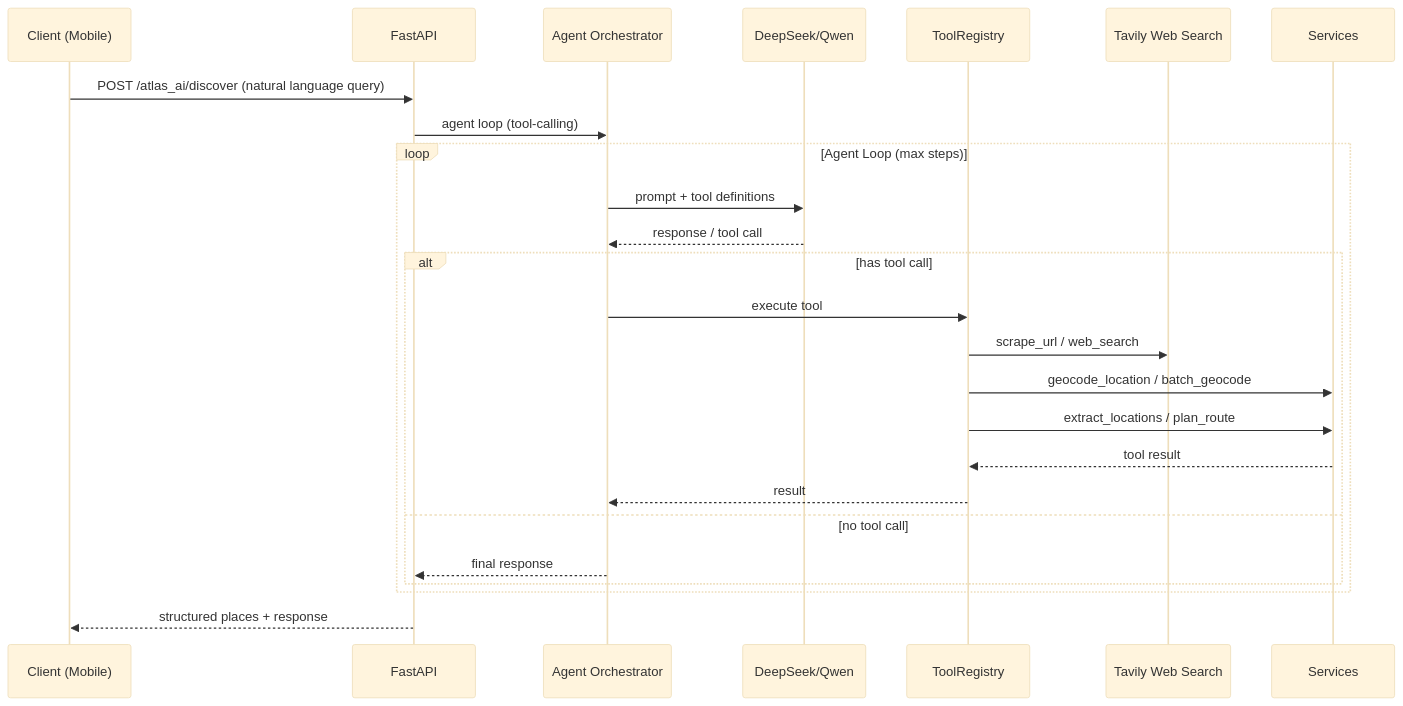
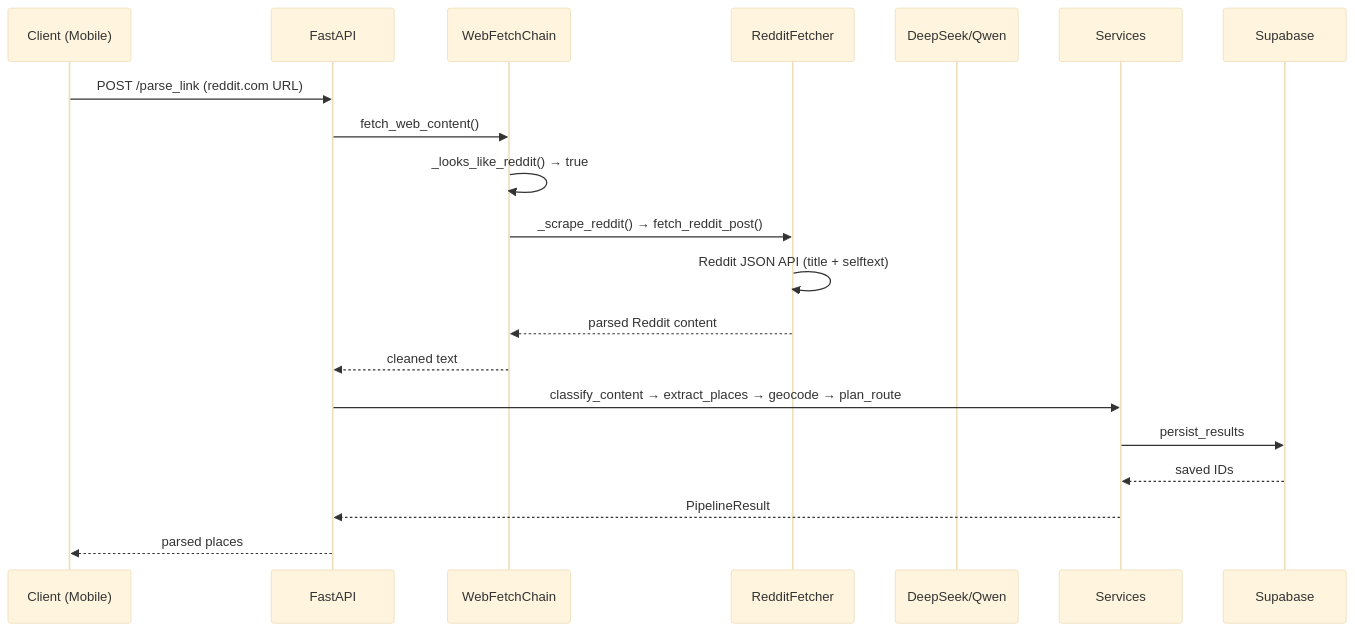
The fifth of 7 diagrams in README.md (zjwang168/atlas-mobile), drawn with Mermaid (base theme) before and after one commit. The commit also changed other lines of this file, not shown here.

````diff
--- a/README.md
+++ b/README.md
@@ -154,28 +219,23 @@
 ```mermaid
 sequenceDiagram
     participant C as Client (Mobile)
     participant API as FastAPI
-    participant AG as Agent Orchestrator
+    participant WFC as WebFetchChain
+    participant RF as RedditFetcher
     participant LLM as DeepSeek/Qwen
-    participant TR as ToolRegistry
-    participant WS as Tavily Web Search
     participant S as Services
-    
-    C->>API: POST /atlas_ai/discover (natural language query)
-    API->>AG: agent loop (tool-calling)
-    loop Agent Loop (max steps)
-        AG->>LLM: prompt + tool definitions
-        LLM-->>AG: response / tool call
-        alt has tool call
-            AG->>TR: execute tool
-            TR->>WS: scrape_url / web_search
-            TR->>S: geocode_location / batch_geocode
-            TR->>S: extract_locations / plan_route
-            S-->>TR: tool result
-            TR-->>AG: result
-        else no tool call
-            AG-->>API: final response
-        end
-    end
-    API-->>C: structured places + response
+    participant DB as Supabase
+
+    C->>API: POST /parse_link (reddit.com URL)
+    API->>WFC: fetch_web_content()
+    WFC->>WFC: _looks_like_reddit() → true
+    WFC->>RF: _scrape_reddit() → fetch_reddit_post()
+    RF->>RF: Reddit JSON API (title + selftext)
+    RF-->>WFC: parsed Reddit content
+    WFC-->>API: cleaned text
+    API->>S: classify_content → extract_places → geocode → plan_route
+    S->>DB: persist_results
+    DB-->>S: saved IDs
+    S-->>API: PipelineResult
+    API-->>C: parsed places
 ```
````
